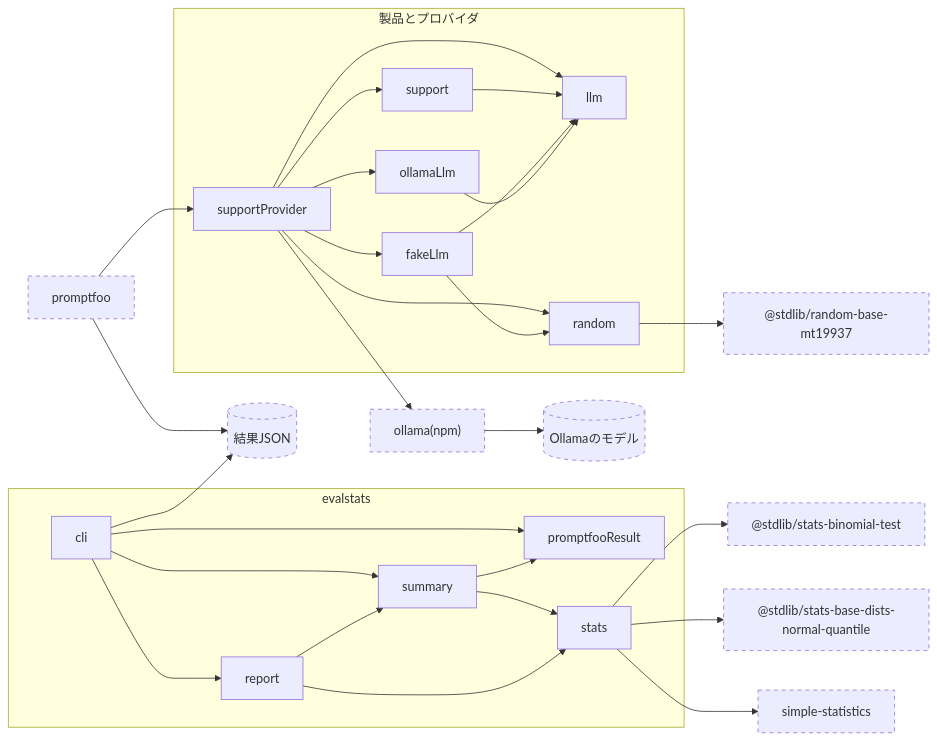
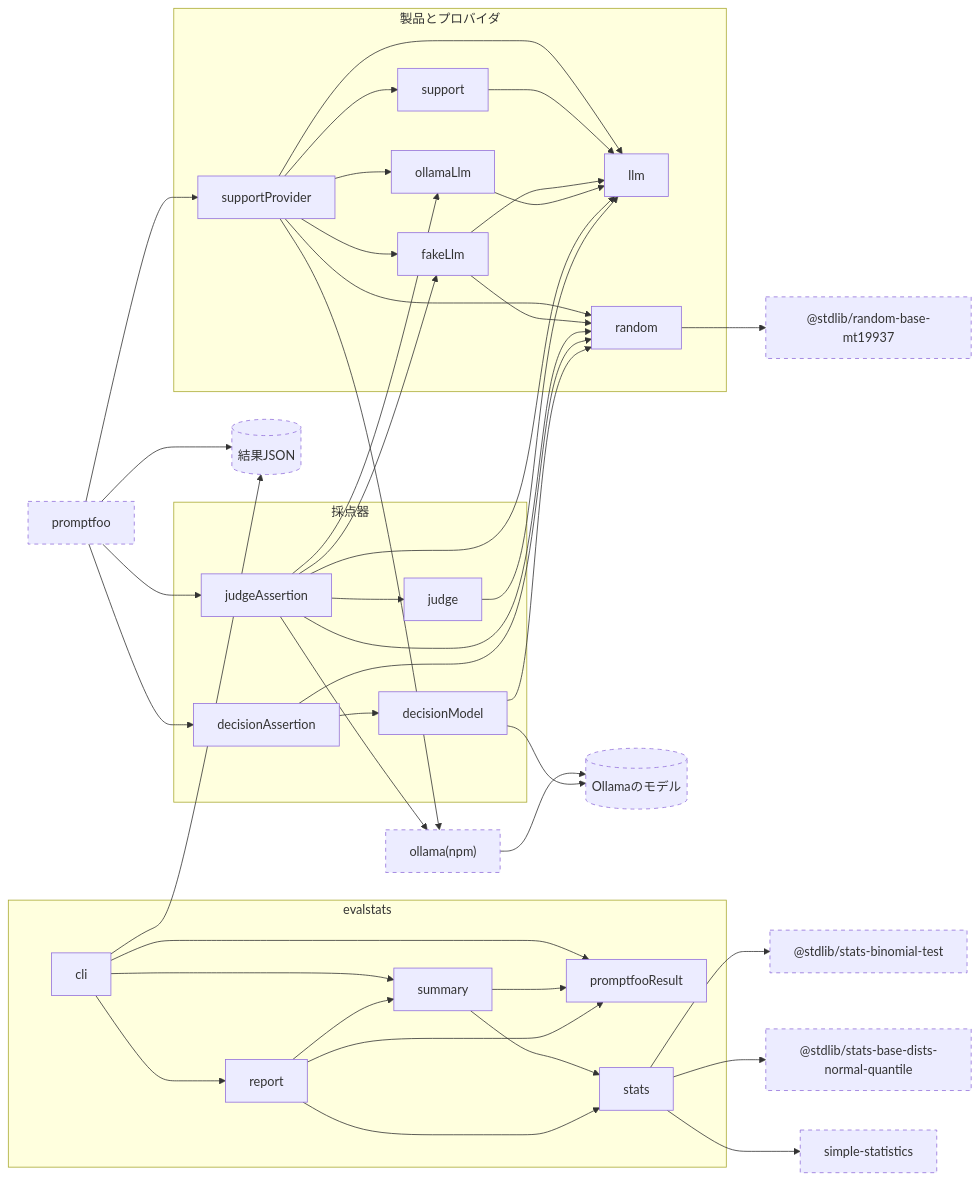
One commit to enunun/llm-evaluation-handson changed the diagram in iterations/iteration-3/solution/design/modules.md. Above: the diagram before and after it, drawn with Mermaid. The commit also changed other lines of this file and 16 other files, not shown here.

First line of the commit message:
Add Iteration 3: grading free-text replies with code, an LLM judge and a decision model

````diff
--- a/iterations/iteration-3/solution/design/modules.md
+++ b/iterations/iteration-3/solution/design/modules.md
@@ -6,56 +6,77 @@
 ```mermaid
 flowchart LR
   promptfoo[promptfoo]:::external
   ollamaClient["ollama(npm)"]:::external
   ollamaServer[(Ollamaのモデル)]:::external
   resultFile[(結果JSON)]:::external
   stdlibMt19937["@stdlib/random-base-mt19937"]:::external
   stdlibBinomial["@stdlib/stats-binomial-test"]:::external
   stdlibNormal["@stdlib/stats-base-dists-normal-quantile"]:::external
   simpleStatistics[simple-statistics]:::external
 
   subgraph product[製品とプロバイダ]
     supportProvider
     support
     llm
     fakeLlm
     ollamaLlm
     random
   end
 
+  subgraph graders[採点器]
+    judgeAssertion
+    judge
+    decisionAssertion
+    decisionModel
+  end
+
   subgraph evalstats[evalstats]
     cli
     promptfooResult
     summary
     stats
     report
   end
 
   promptfoo --> supportProvider
+  promptfoo --> judgeAssertion
+  promptfoo --> decisionAssertion
   promptfoo --> resultFile
   supportProvider --> support
   supportProvider --> fakeLlm
   supportProvider --> ollamaLlm
   supportProvider --> llm
   supportProvider --> ollamaClient
   supportProvider --> random
   support --> llm
   fakeLlm --> llm
   fakeLlm --> random
   ollamaLlm --> llm
   random --> stdlibMt19937
   ollamaClient --> ollamaServer
+  judgeAssertion --> judge
+  judgeAssertion --> fakeLlm
+  judgeAssertion --> ollamaLlm
+  judgeAssertion --> llm
+  judgeAssertion --> random
+  judgeAssertion --> ollamaClient
+  judge --> llm
+  decisionAssertion --> decisionModel
+  decisionAssertion --> random
+  decisionModel --> random
+  decisionModel --> ollamaServer
   cli --> promptfooResult
   cli --> summary
   cli --> report
   cli --> resultFile
   summary --> promptfooResult
   summary --> stats
   report --> summary
+  report --> promptfooResult
   report --> stats
   stats --> stdlibBinomial
   stats --> stdlibNormal
   stats --> simpleStatistics
 
   classDef external stroke-dasharray: 5 5
 ```
````
